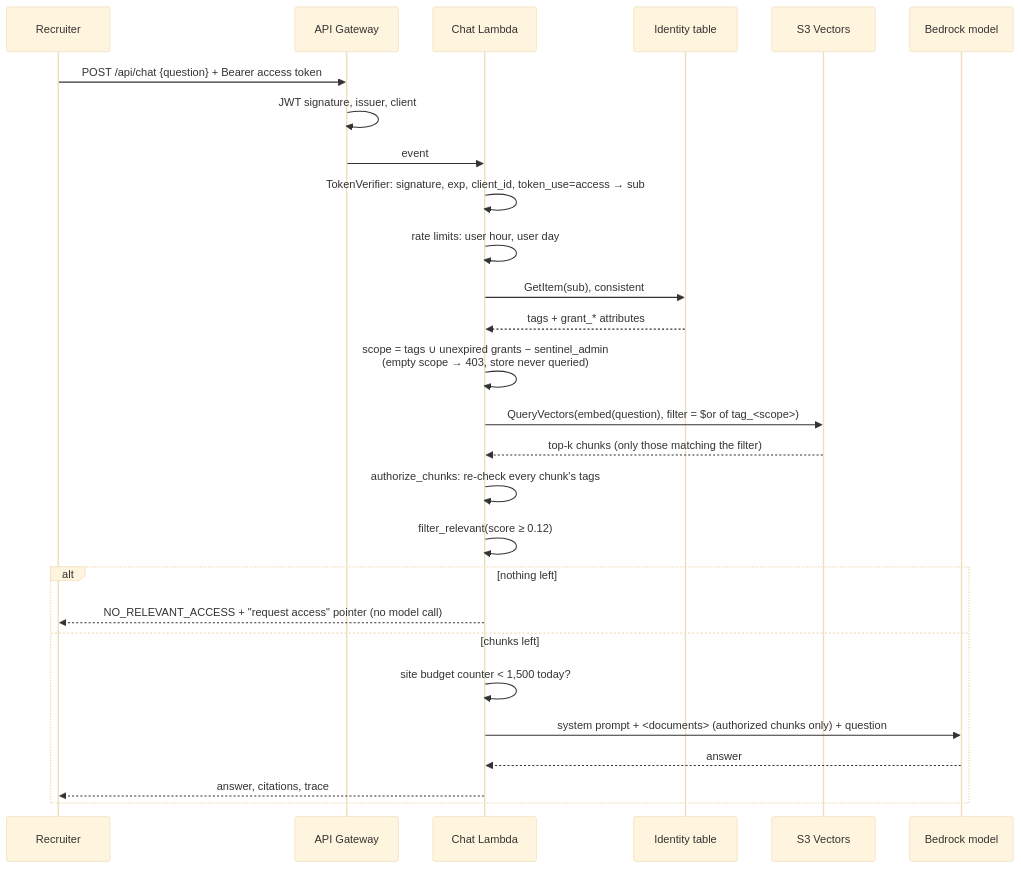
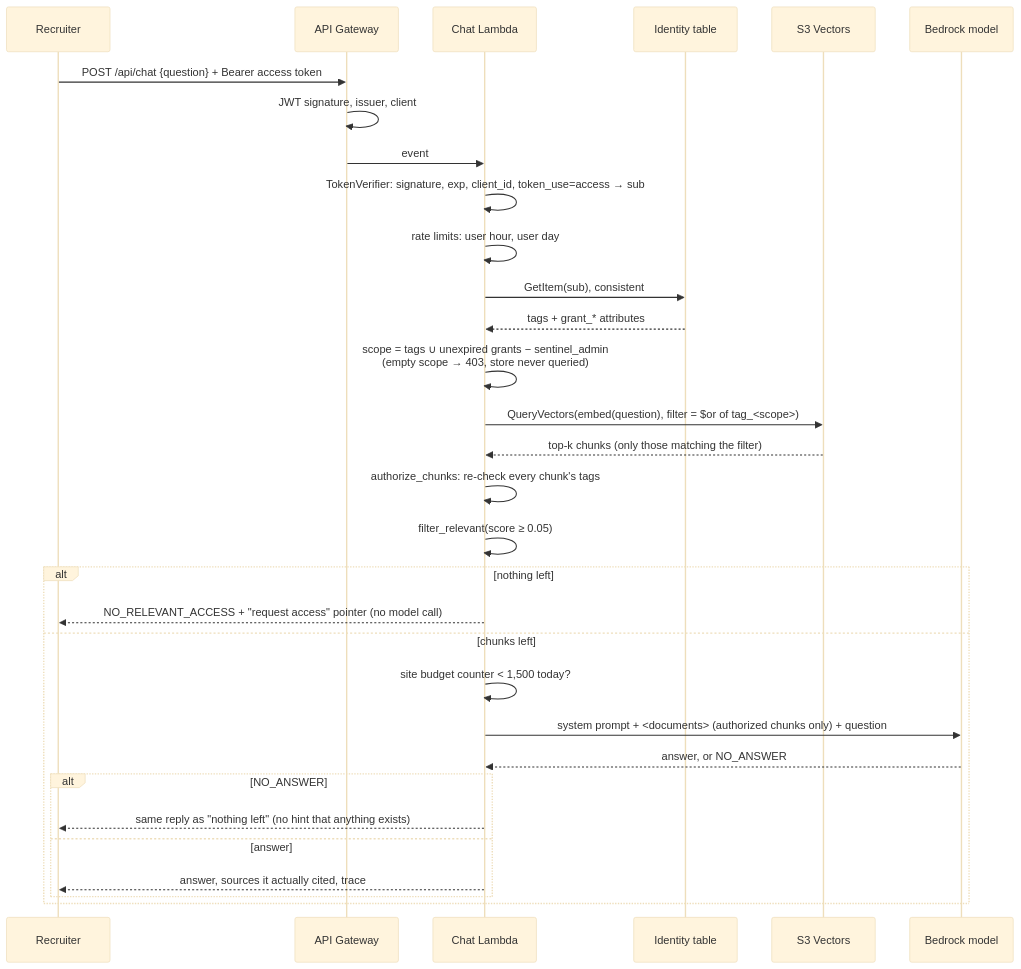
The third of 7 diagrams in FLOW.md (aashishravindran/sentinel-resume), drawn with Mermaid (base theme) before and after one commit. The commit also changed 9 other files, not shown here.

````diff
--- a/FLOW.md
+++ b/FLOW.md
@@ -54,29 +54,33 @@
 ```mermaid
 sequenceDiagram
   participant R as Recruiter
   participant G as API Gateway
   participant L as Chat Lambda
   participant D as Identity table
   participant V as S3 Vectors
   participant M as Bedrock model
   R->>G: POST /api/chat {question} + Bearer access token
   G->>G: JWT signature, issuer, client
   G->>L: event
   L->>L: TokenVerifier: signature, exp, client_id, token_use=access → sub
   L->>L: rate limits: user hour, user day
   L->>D: GetItem(sub), consistent
   D-->>L: tags + grant_* attributes
   L->>L: scope = tags ∪ unexpired grants − sentinel_admin<br/>(empty scope → 403, store never queried)
   L->>V: QueryVectors(embed(question), filter = $or of tag_<scope>)
   V-->>L: top-k chunks (only those matching the filter)
   L->>L: authorize_chunks: re-check every chunk's tags
-  L->>L: filter_relevant(score ≥ 0.12)
+  L->>L: filter_relevant(score ≥ 0.05)
   alt nothing left
     L-->>R: NO_RELEVANT_ACCESS + "request access" pointer (no model call)
   else chunks left
     L->>L: site budget counter < 1,500 today?
     L->>M: system prompt + <documents> (authorized chunks only) + question
-    M-->>L: answer
-    L-->>R: answer, citations, trace
+    M-->>L: answer, or NO_ANSWER
+    alt NO_ANSWER
+      L-->>R: same reply as "nothing left" (no hint that anything exists)
+    else answer
+      L-->>R: answer, sources it actually cited, trace
+    end
   end
 ```
````
